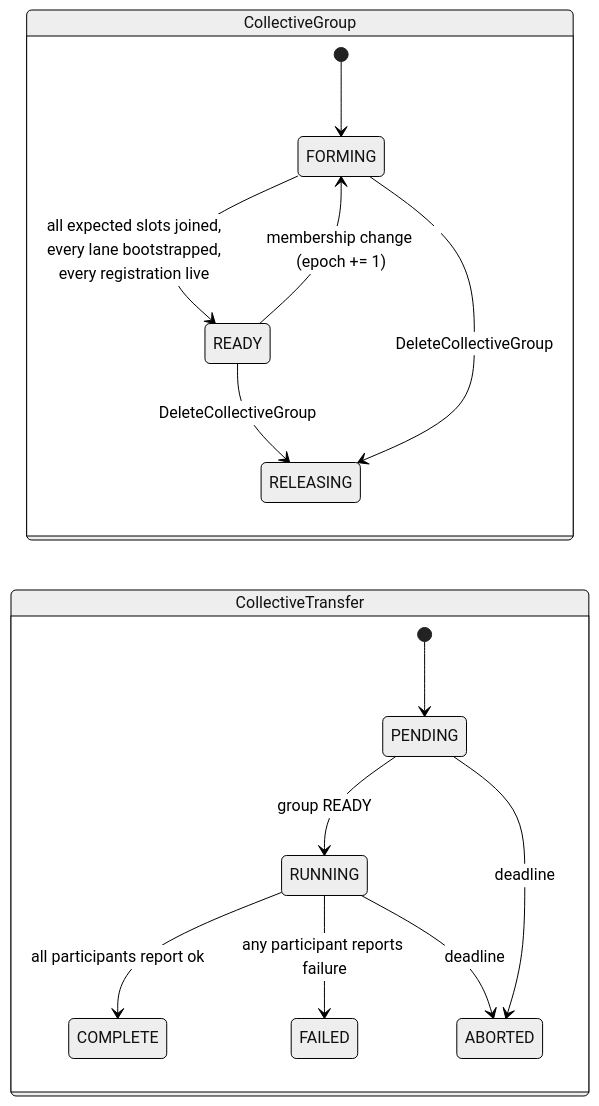
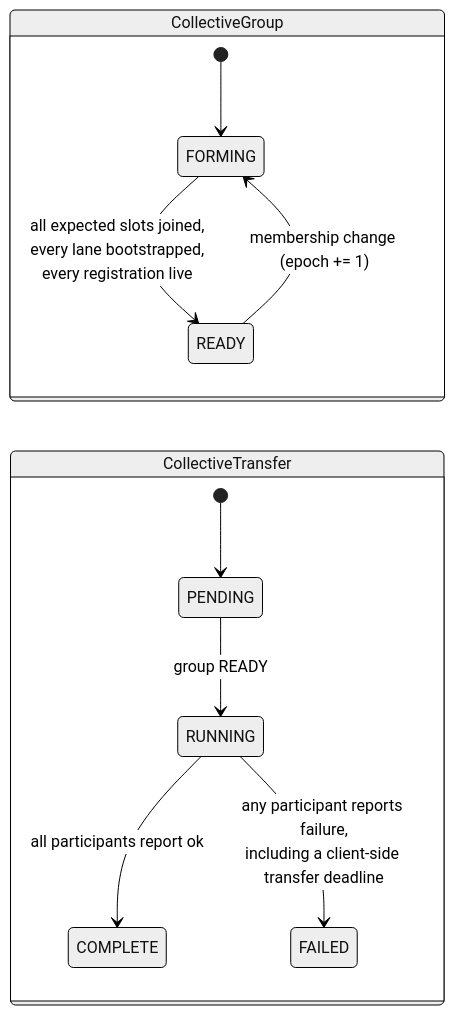
The second of 2 diagrams in docs/NCCL_M2N_REFIT.md (ai-dynamo/modelexpress), drawn with Mermaid (neutral theme) before and after one commit. The commit also changed other lines of this file and 9 other files, not shown here.

````diff
--- a/docs/NCCL_M2N_REFIT.md
+++ b/docs/NCCL_M2N_REFIT.md
@@ -232,19 +232,15 @@
 ```mermaid
 stateDiagram-v2
   direction LR
   state "CollectiveGroup" as G {
     [*] --> FORMING
     FORMING --> READY: all expected slots joined,<br/>every lane bootstrapped,<br/>every registration live
     READY --> FORMING: membership change (epoch += 1)
-    READY --> RELEASING: DeleteCollectiveGroup
-    FORMING --> RELEASING: DeleteCollectiveGroup
   }
   state "CollectiveTransfer" as T {
     [*] --> PENDING
     PENDING --> RUNNING: group READY
     RUNNING --> COMPLETE: all participants report ok
-    RUNNING --> FAILED: any participant reports failure
-    PENDING --> ABORTED: deadline
-    RUNNING --> ABORTED: deadline
+    RUNNING --> FAILED: any participant reports failure,<br/>including a client-side transfer deadline
   }
 ```
````
